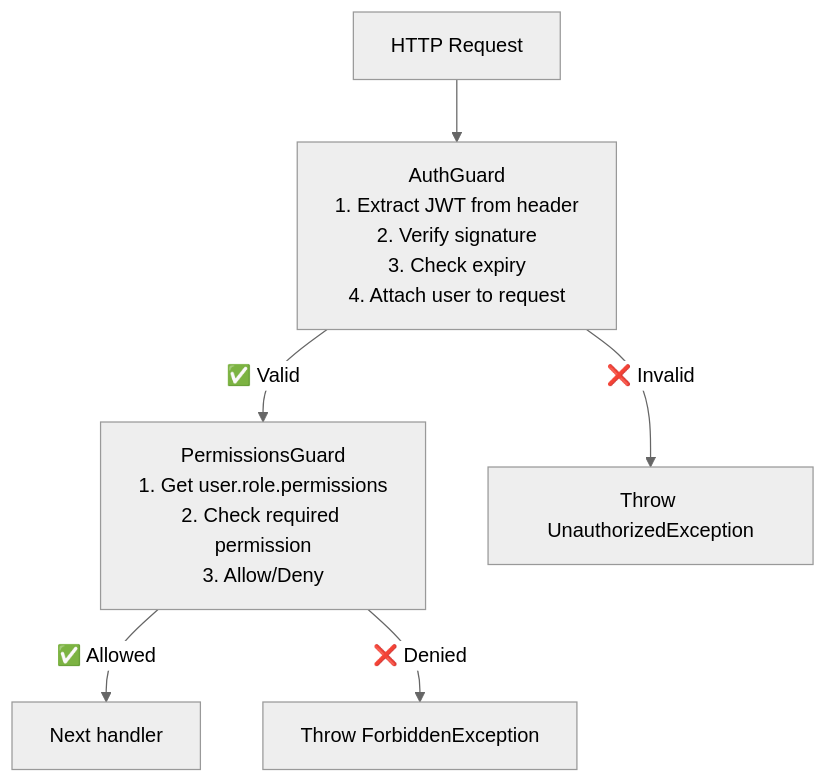
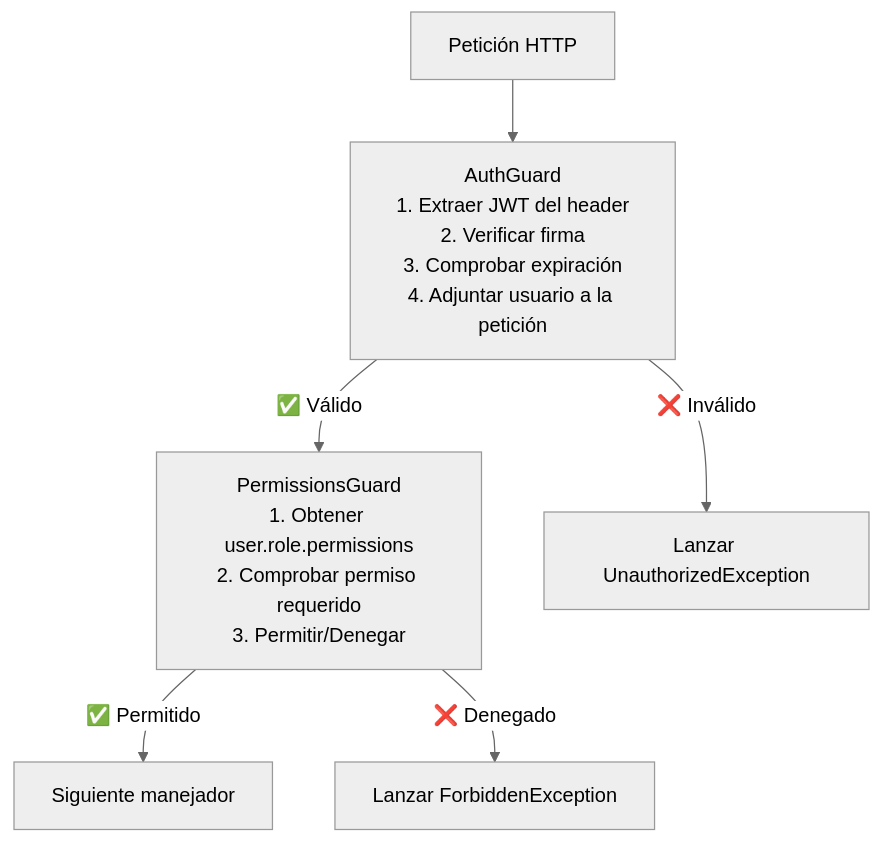
One commit to Byroncl/laboratory-reviews changed the second of 6 diagrams in docs-post-message/docs/backend/architecture/layers.md. Above: the diagram before and after it, drawn with Mermaid (neutral theme). The commit also changed other lines of this file and 17 other files, not shown here.

Commit message:
refactor: implement clean architecture patterns with domains, repositories, use cases, constants, and comprehensive tests

````diff
--- a/docs-post-message/docs/backend/architecture/layers.md
+++ b/docs-post-message/docs/backend/architecture/layers.md
@@ -82,12 +82,12 @@
 ```mermaid
 graph TB
-    Request["HTTP Request"]
-    AuthGuard["AuthGuard<br/>1. Extract JWT from header<br/>2. Verify signature<br/>3. Check expiry<br/>4. Attach user to request"]
-    PermGuard["PermissionsGuard<br/>1. Get user.role.permissions<br/>2. Check required permission<br/>3. Allow/Deny"]
+    Request["Petición HTTP"]
+    AuthGuard["AuthGuard<br/>1. Extraer JWT del header<br/>2. Verificar firma<br/>3. Comprobar expiración<br/>4. Adjuntar usuario a la petición"]
+    PermGuard["PermissionsGuard<br/>1. Obtener user.role.permissions<br/>2. Comprobar permiso requerido<br/>3. Permitir/Denegar"]
     
     Request --> AuthGuard
-    AuthGuard -->|✅ Valid| PermGuard
-    AuthGuard -->|❌ Invalid| Reject["Throw UnauthorizedException"]
-    PermGuard -->|✅ Allowed| Next["Next handler"]
-    PermGuard -->|❌ Denied| Forbidden["Throw ForbiddenException"]
+    AuthGuard -->|✅ Válido| PermGuard
+    AuthGuard -->|❌ Inválido| Reject["Lanzar UnauthorizedException"]
+    PermGuard -->|✅ Permitido| Next["Siguiente manejador"]
+    PermGuard -->|❌ Denegado| Forbidden["Lanzar ForbiddenException"]
 ```
````
